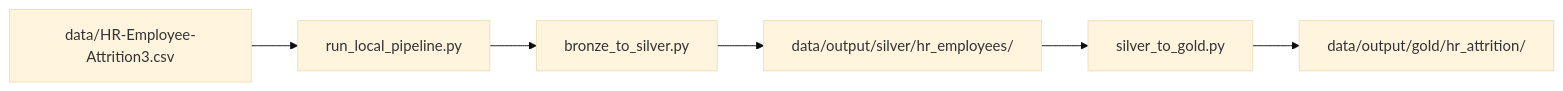
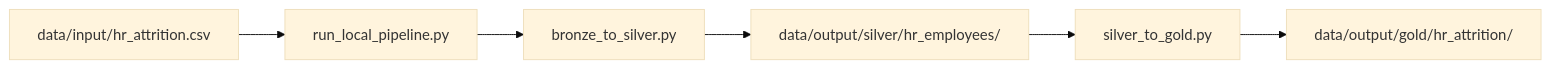
One commit to Merlin2098/HR-Data-Lakehouse changed the fourth of 5 diagrams in docs/architecture/diagram.md. Above: the diagram before and after it, drawn with Mermaid (base theme). The commit also changed 8 other files, not shown here.

````diff
--- a/docs/architecture/diagram.md
+++ b/docs/architecture/diagram.md
@@ -73,8 +73,8 @@
 ```mermaid
 flowchart LR
-    CSV["data/HR-Employee-Attrition3.csv"] --> R["run_local_pipeline.py"]
+    CSV["data/input/hr_attrition.csv"] --> R["run_local_pipeline.py"]
     R --> B2S["bronze_to_silver.py"]
     B2S --> SIL["data/output/silver/hr_employees/"]
     SIL --> S2G["silver_to_gold.py"]
     S2G --> GOL["data/output/gold/hr_attrition/"]
 ```
````
